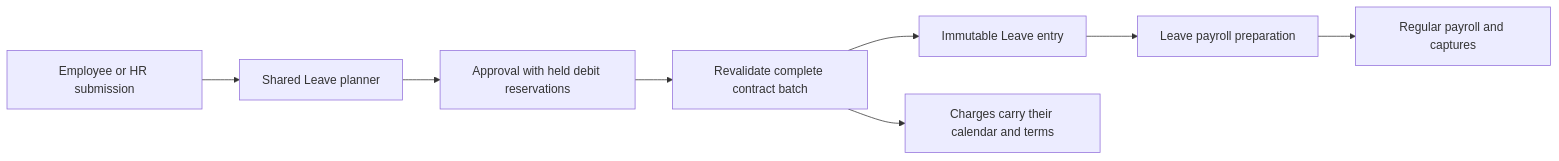
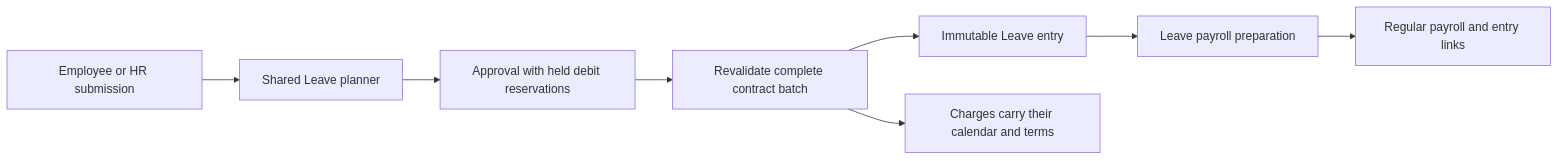
Before and after one commit to norbital-ai/templates: the diagram in hr-payroll/docs/leave.md, drawn with Mermaid. The commit also changed other lines of this file and 357 other files, not shown here.

````diff
--- a/hr-payroll/docs/leave.md
+++ b/hr-payroll/docs/leave.md
@@ -119,10 +118,10 @@
 ```mermaid
 flowchart LR
     UI[Employee or HR submission] --> Preview[Shared Leave planner]
     Preview --> Review[Approval with held debit reservations]
     Review --> Validate[Revalidate complete contract batch]
     Validate --> Entry[Immutable Leave entry]
     Validate --> Seals[Charges carry their calendar and terms]
     Entry --> Family[Leave payroll preparation]
-    Family --> Payroll[Regular payroll and captures]
+    Family --> Payroll[Regular payroll and entry links]
 ```
````
